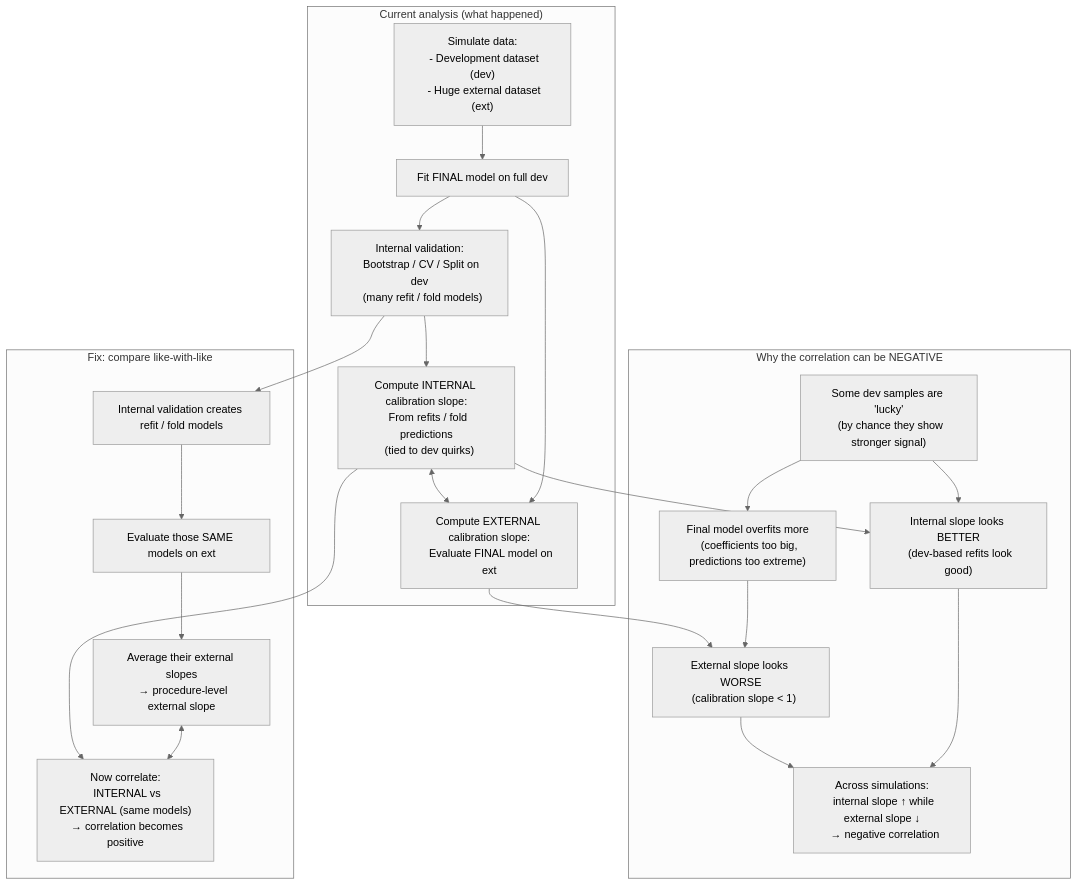
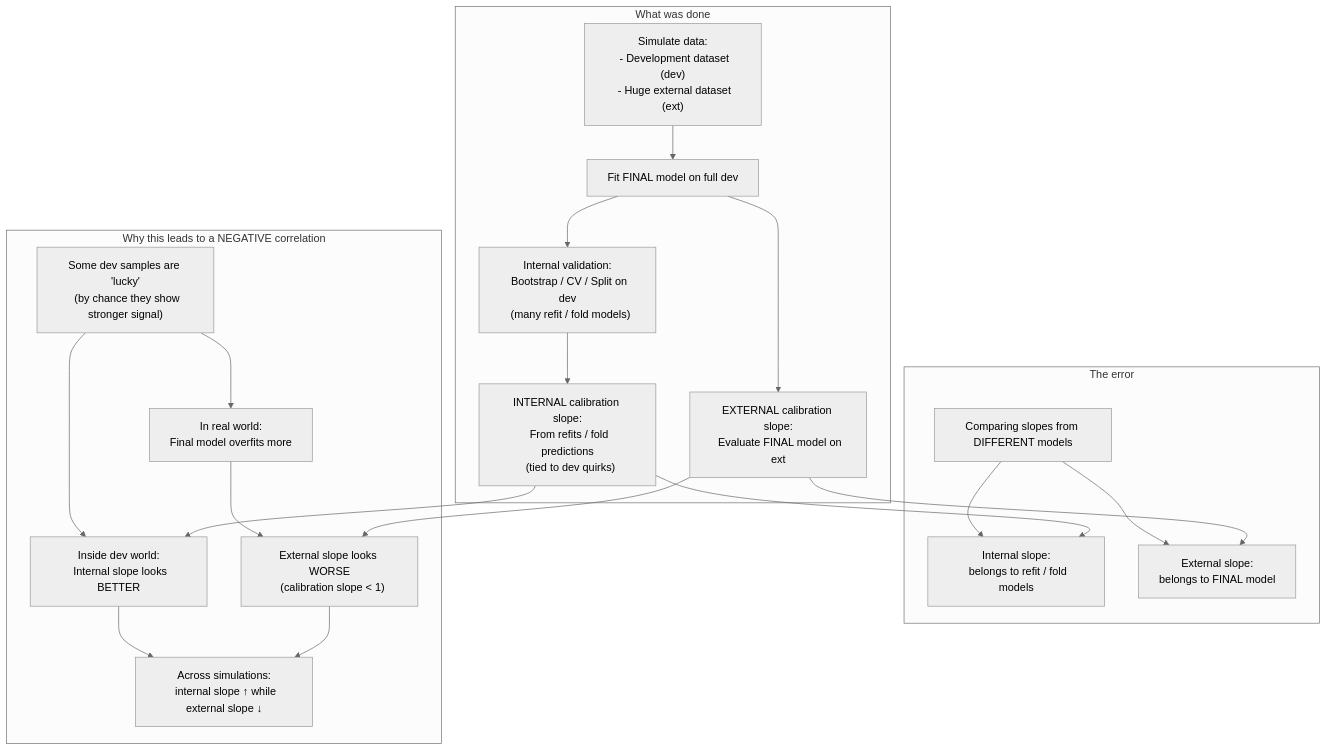
Before and after one commit to AshleyMDickson/internal_validation_paper: the diagram in calibration_slope_flow.mmd, drawn with Mermaid (neutral theme).

Commit message:
Update diagram

```diff
--- a/calibration_slope_flow.mmd
+++ b/calibration_slope_flow.mmd
@@ -1,71 +1,65 @@
 flowchart TB
 
 %% =========================
-%% CURRENT ANALYSIS
+%% WHAT ACTUALLY HAPPENED
 %% =========================
-subgraph A["Current analysis (what happened)"]
+subgraph A["What was done"]
   A1["Simulate data:
   - Development dataset (dev)
   - Huge external dataset (ext)"] --> A2["Fit FINAL model on full dev"]
 
-  A2 --> A3["Compute EXTERNAL calibration slope:
+  %% External path
+  A2 --> A3["EXTERNAL calibration slope:
   Evaluate FINAL model on ext"]
 
+  %% Internal path
   A2 --> A4["Internal validation:
   Bootstrap / CV / Split on dev
   (many refit / fold models)"]
 
-  A4 --> A5["Compute INTERNAL calibration slope:
+  A4 --> A5["INTERNAL calibration slope:
   From refits / fold predictions
   (tied to dev quirks)"]
 end
 
-A5 <--> A3
+%% =========================
+%% THE ERROR
+%% =========================
+subgraph E["The error"]
+  E1["Comparing slopes from DIFFERENT models"]
+  E2["Internal slope:
+  belongs to refit / fold models"]
+  E3["External slope:
+  belongs to FINAL model"]
 
+  E1 --> E2
+  E1 --> E3
+end
+
+A5 --> E2
+A3 --> E3
 
 %% =========================
-%% WHY NEGATIVE?
+%% WHY THIS CREATES A NEGATIVE CORRELATION
 %% =========================
-subgraph B["Why the correlation can be NEGATIVE"]
+subgraph B["Why this leads to a NEGATIVE correlation"]
   B1["Some dev samples are 'lucky'
   (by chance they show stronger signal)"]
 
-  B1 --> B2["Internal slope looks BETTER
-  (dev-based refits look good)"]
+  B1 --> B2["Inside dev world:
+  Internal slope looks BETTER"]
 
-  B1 --> B3["Final model overfits more
-  (coefficients too big, predictions too extreme)"]
+  B1 --> B3["In real world:
+  Final model overfits more"]
 
   B3 --> B4["External slope looks WORSE
   (calibration slope < 1)"]
 
   B2 --> B5["Across simulations:
-  internal slope ↑ while external slope ↓
-  → negative correlation"]
+  internal slope ↑ while external slope ↓"]
 
   B4 --> B5
 end
 
 A5 --> B2
 A3 --> B4
-
-
-%% =========================
-%% FIX
-%% =========================
-subgraph C["Fix: compare like-with-like"]
-  C1["Internal validation creates refit / fold models"]
-  C2["Evaluate those SAME models on ext"]
-  C3["Average their external slopes
-  → procedure-level external slope"]
-  C4["Now correlate:
-  INTERNAL vs EXTERNAL (same models)
-  → correlation becomes positive"]
-
-  C1 --> C2
-  C2 --> C3
-  C3 <--> C4
-end
-
-A4 --> C1
-A5 --> C4
```
